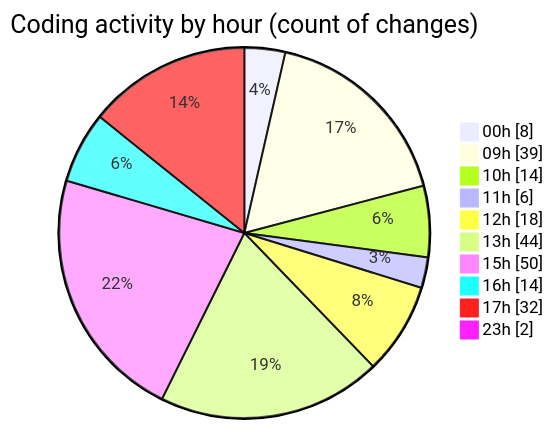
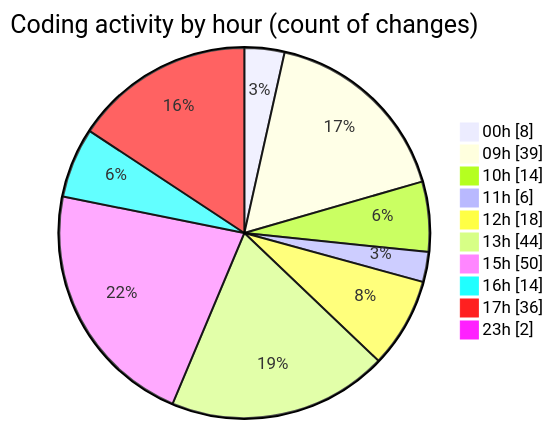
Before and after one commit to momahboobian/code-tracking: the second of 2 diagrams in 2025-12-18/cda/README.md, drawn with Mermaid. The commit also changed other lines of this file and 1 other file, not shown here.

````diff
--- a/2025-12-18/cda/README.md
+++ b/2025-12-18/cda/README.md
@@ -115,14 +115,14 @@
 ```mermaid
 pie showData
 title Coding activity by hour (count of changes)
 "00h" : 8
 "09h" : 39
 "10h" : 14
 "11h" : 6
 "12h" : 18
 "13h" : 44
 "15h" : 50
 "16h" : 14
-"17h" : 32
+"17h" : 36
 "23h" : 2
 ```
````
